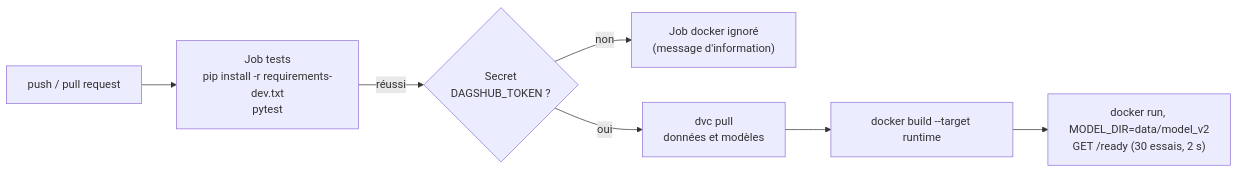
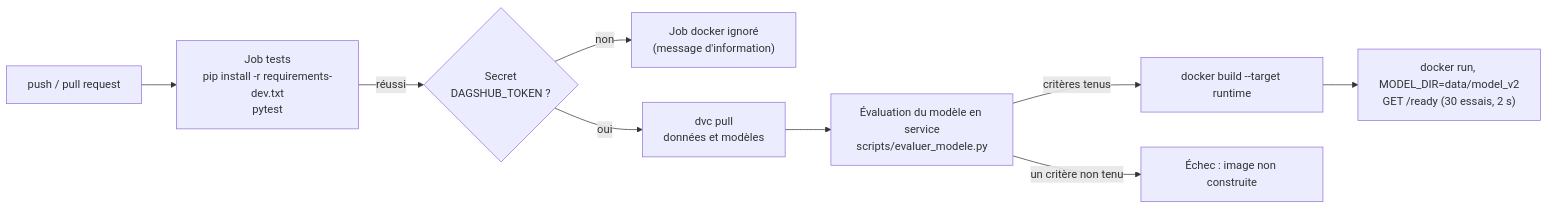
The diagram in docs/qualite/integration_continue.md (guillaumesaidani-coder/churn_saas), drawn with Mermaid before and after one commit. The commit also changed other lines of this file and 32 other files, not shown here.

First line of the commit message:
Lot 2 : évaluation du modèle en CI, challenger contre modèle en service, déclencheurs, D16

````diff
--- a/docs/qualite/integration_continue.md
+++ b/docs/qualite/integration_continue.md
@@ -15,9 +15,11 @@
 ```mermaid
 flowchart LR
     P["push / pull request"] --> T["Job tests<br/>pip install -r requirements-dev.txt<br/>pytest"]
     T -->|"réussi"| D{"Secret<br/>DAGSHUB_TOKEN ?"}
     D -- non --> S["Job docker ignoré<br/>(message d'information)"]
     D -- oui --> PULL["dvc pull<br/>données et modèles"]
-    PULL --> B["docker build --target runtime"]
+    PULL --> E["Évaluation du modèle en service<br/>scripts/evaluer_modele.py"]
+    E -->|"critères tenus"| B["docker build --target runtime"]
+    E -->|"un critère non tenu"| X["Échec : image non construite"]
     B --> R["docker run, MODEL_DIR=data/model_v2<br/>GET /ready (30 essais, 2 s)"]
 ```
````
